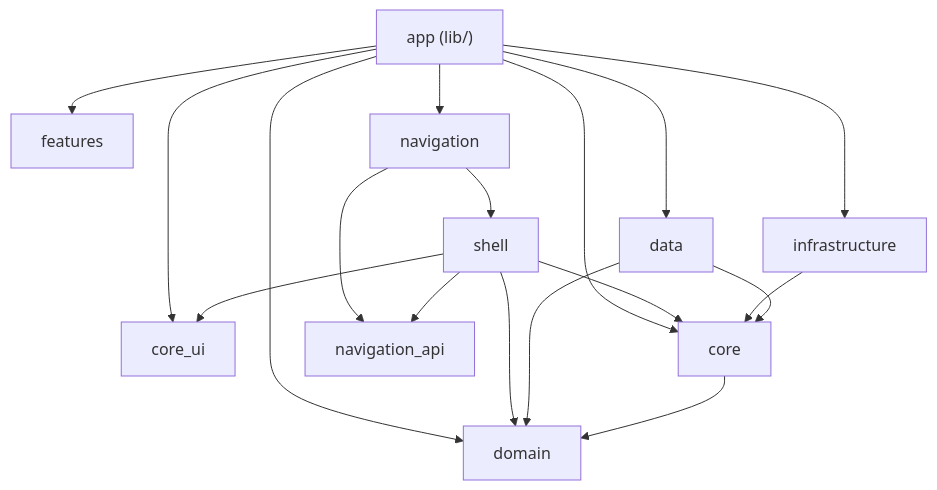
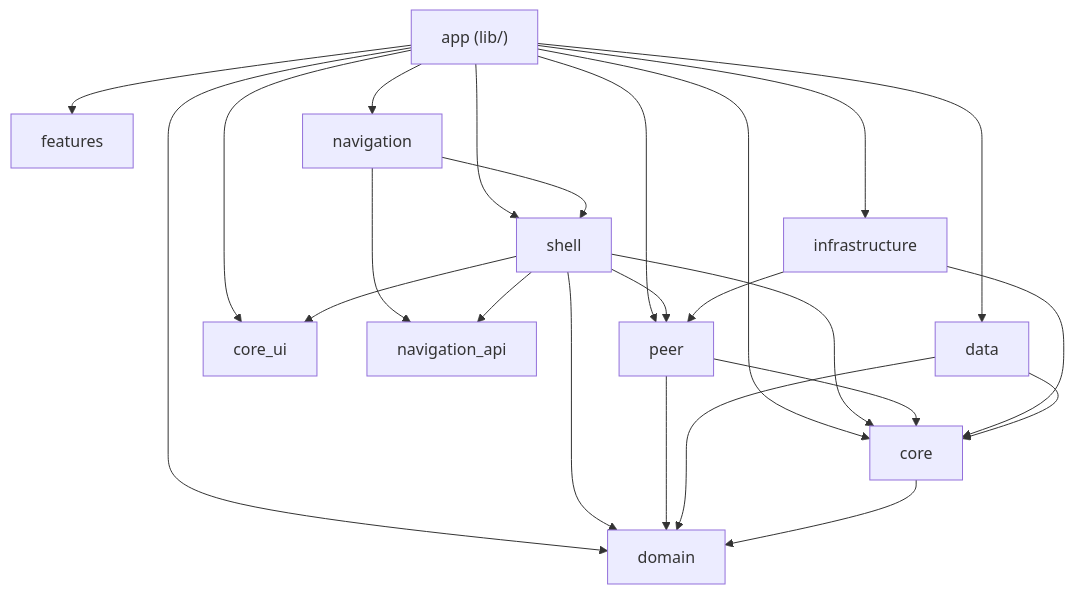
Before and after one commit to Viweld/tete_games: the diagram in README.md, drawn with Mermaid. The commit also changed other lines of this file and 107 other files, not shown here.

First line of the commit message:
Extract platform/peer and move BLE transport to infrastructure.

````diff
--- a/README.md
+++ b/README.md
@@ -51,20 +52,26 @@
 ```mermaid
 flowchart TD
   app["app (lib/)"] --> features
   app --> navigation
   app --> infrastructure
   app --> data
   app --> core_ui
   app --> core
   app --> domain
   navigation --> navigationApi["navigation_api"]
+  app --> peer
+  app --> shell
   navigation --> shell
   shell --> navigationApi
+  shell --> peer
   shell --> core_ui
   shell --> core
   shell --> domain
+  peer --> domain
+  peer --> core
+  infrastructure --> peer
   infrastructure --> core
   data --> core
   data --> domain
   core --> domain
 ```
````
